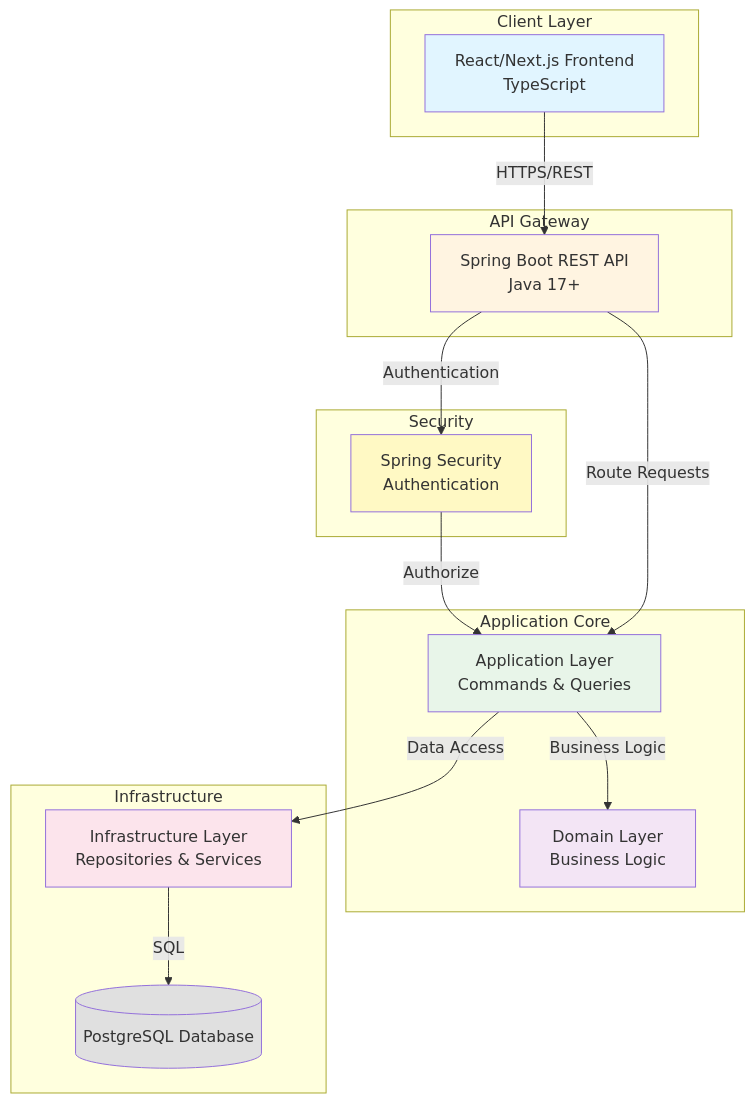
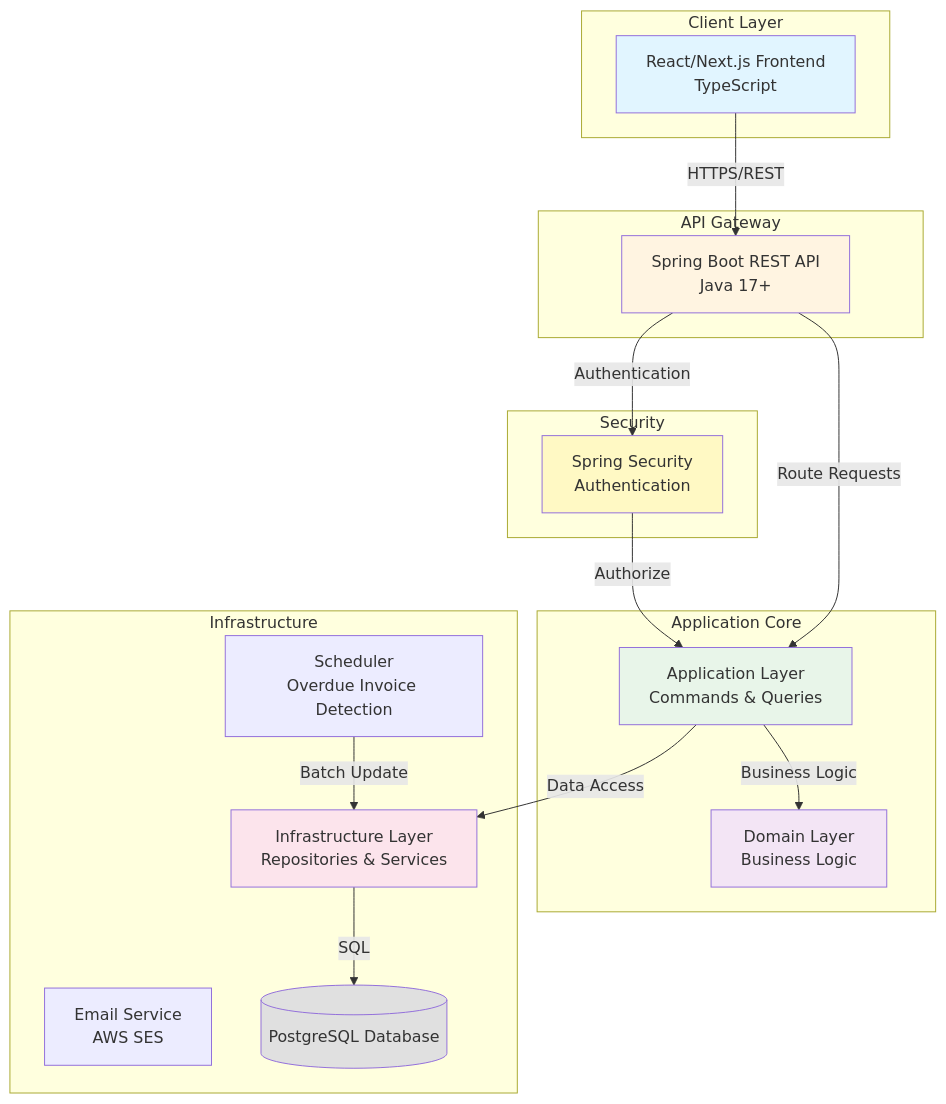
Before and after one commit to Rhoahndur/Osgiliath: the first of 24 diagrams in architecture.md, drawn with Mermaid. The commit also changed other lines of this file and 131 other files, not shown here.

````diff
--- a/architecture.md
+++ b/architecture.md
@@ -28,40 +28,43 @@
 ```mermaid
 graph TB
     subgraph "Client Layer"
         UI[React/Next.js Frontend<br/>TypeScript]
     end
     
     subgraph "API Gateway"
         AG[Spring Boot REST API<br/>Java 17+]
     end
     
     subgraph "Application Core"
         APP[Application Layer<br/>Commands & Queries]
         DOM[Domain Layer<br/>Business Logic]
     end
     
     subgraph "Infrastructure"
         INFRA[Infrastructure Layer<br/>Repositories & Services]
+        SCHED[Scheduler<br/>Overdue Invoice Detection]
+        EMAIL[Email Service<br/>AWS SES]
         DB[(PostgreSQL Database)]
     end
-    
+
     subgraph "Security"
         AUTH[Spring Security<br/>Authentication]
     end
     
     UI -->|HTTPS/REST| AG
     AG -->|Authentication| AUTH
     AUTH -->|Authorize| APP
     AG -->|Route Requests| APP
     APP -->|Business Logic| DOM
     APP -->|Data Access| INFRA
     INFRA -->|SQL| DB
+    SCHED -->|Batch Update| INFRA
     
     style UI fill:#e1f5ff
     style AG fill:#fff4e1
     style APP fill:#e8f5e9
     style DOM fill:#f3e5f5
     style INFRA fill:#fce4ec
     style DB fill:#e0e0e0
     style AUTH fill:#fff9c4
 ```
````
